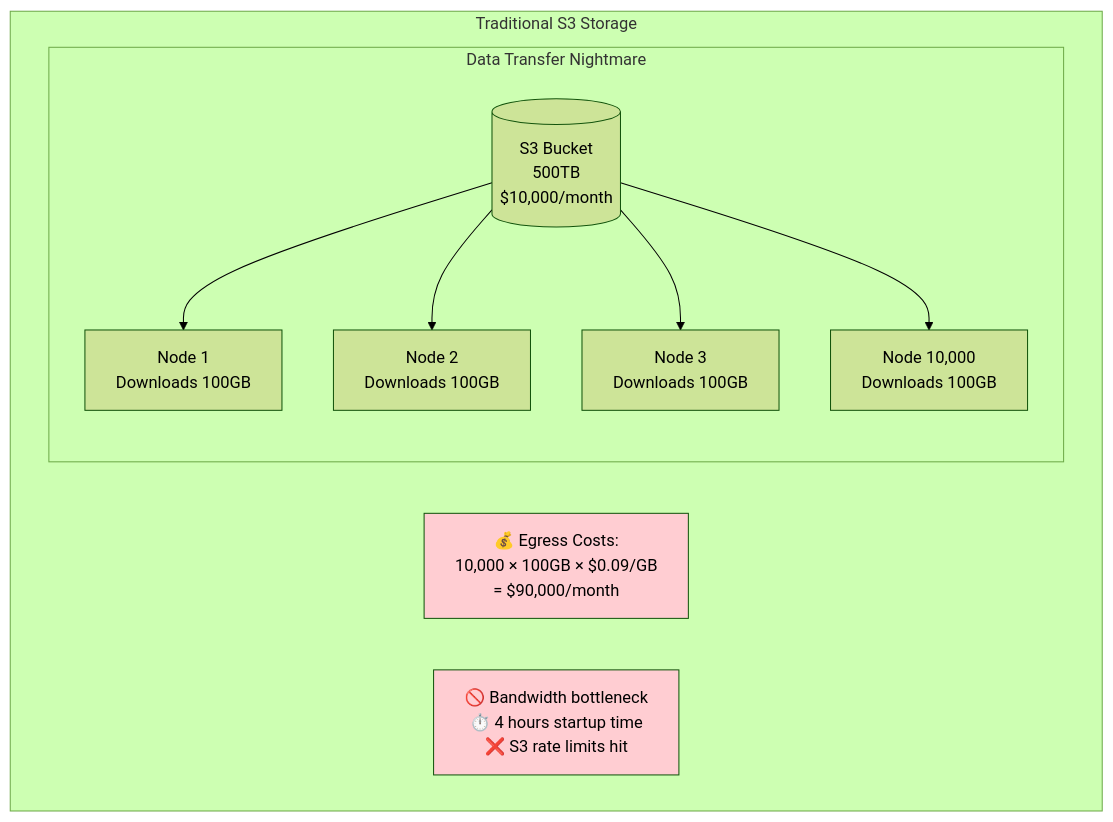
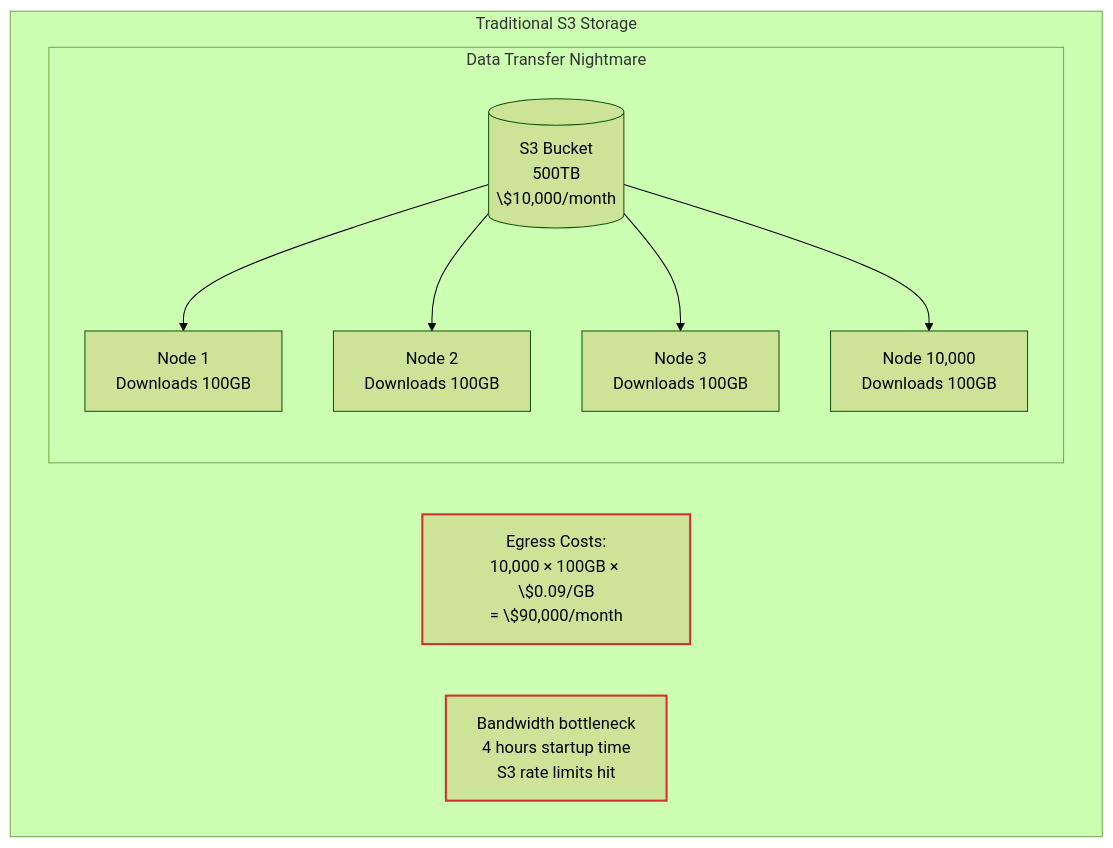
The seventh of 12 diagrams in docs/src/casg/case-studies.md (bfowle/talaria), drawn with Mermaid (forest theme) before and after one commit. The commit also changed other lines of this file and 65 other files, not shown here.

````diff
--- a/docs/src/casg/case-studies.md
+++ b/docs/src/casg/case-studies.md
@@ -290,25 +358,25 @@
 ```mermaid
 graph TB
     subgraph "Traditional S3 Storage"
-        S3[(S3 Bucket<br/>500TB<br/>$10,000/month)]
+        S3[(S3 Bucket<br/>500TB<br/>\$10,000/month)]
 
         subgraph "Data Transfer Nightmare"
             N1[Node 1<br/>Downloads 100GB]
             N2[Node 2<br/>Downloads 100GB]
             N3[Node 3<br/>Downloads 100GB]
             N1000[Node 10,000<br/>Downloads 100GB]
 
             S3 --> N1
             S3 --> N2
             S3 --> N3
             S3 --> N1000
         end
 
-        COSTS[💰 Egress Costs:<br/>10,000 × 100GB × $0.09/GB<br/>= $90,000/month]
+        COSTS[Egress Costs:<br/>10,000 × 100GB × \$0.09/GB<br/>= \$90,000/month]
 
-        BOTTLENECK[🚫 Bandwidth bottleneck<br/>⏱️ 4 hours startup time<br/>❌ S3 rate limits hit]
+        BOTTLENECK[Bandwidth bottleneck<br/>4 hours startup time<br/>S3 rate limits hit]
     end
 
-    style COSTS fill:#ffcdd2
-    style BOTTLENECK fill:#ffcdd2
+    style COSTS stroke:#d32f2f,stroke-width:2px
+    style BOTTLENECK stroke:#d32f2f,stroke-width:2px
 ```
````
